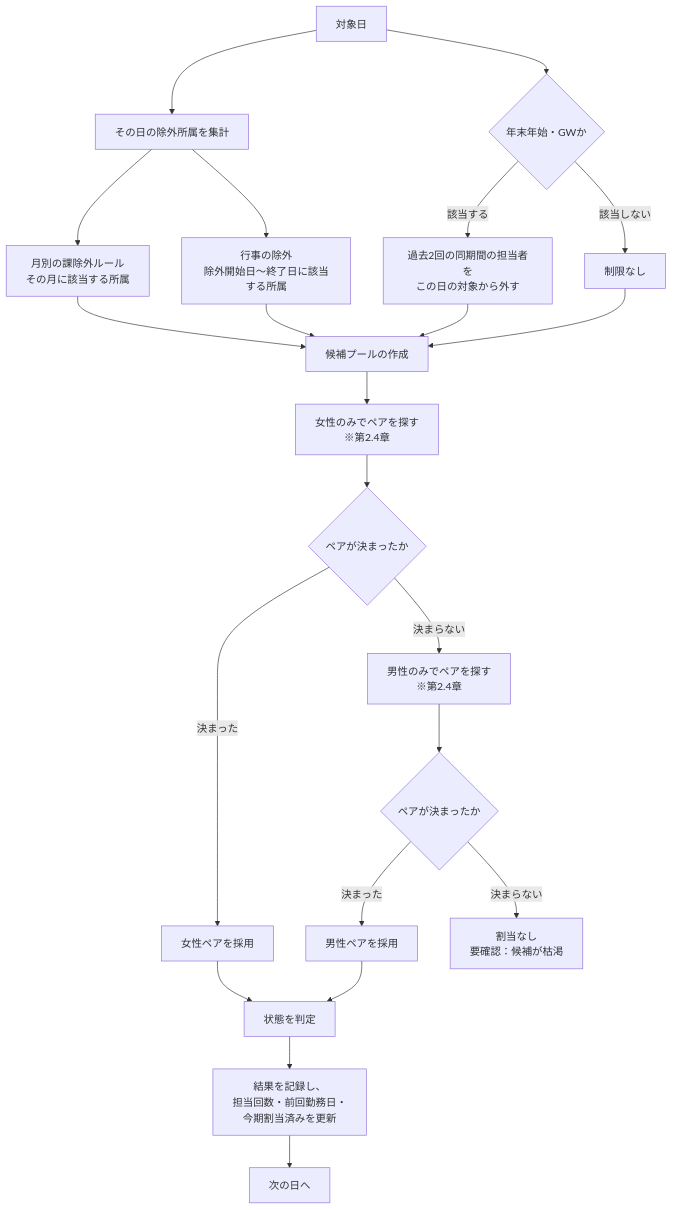
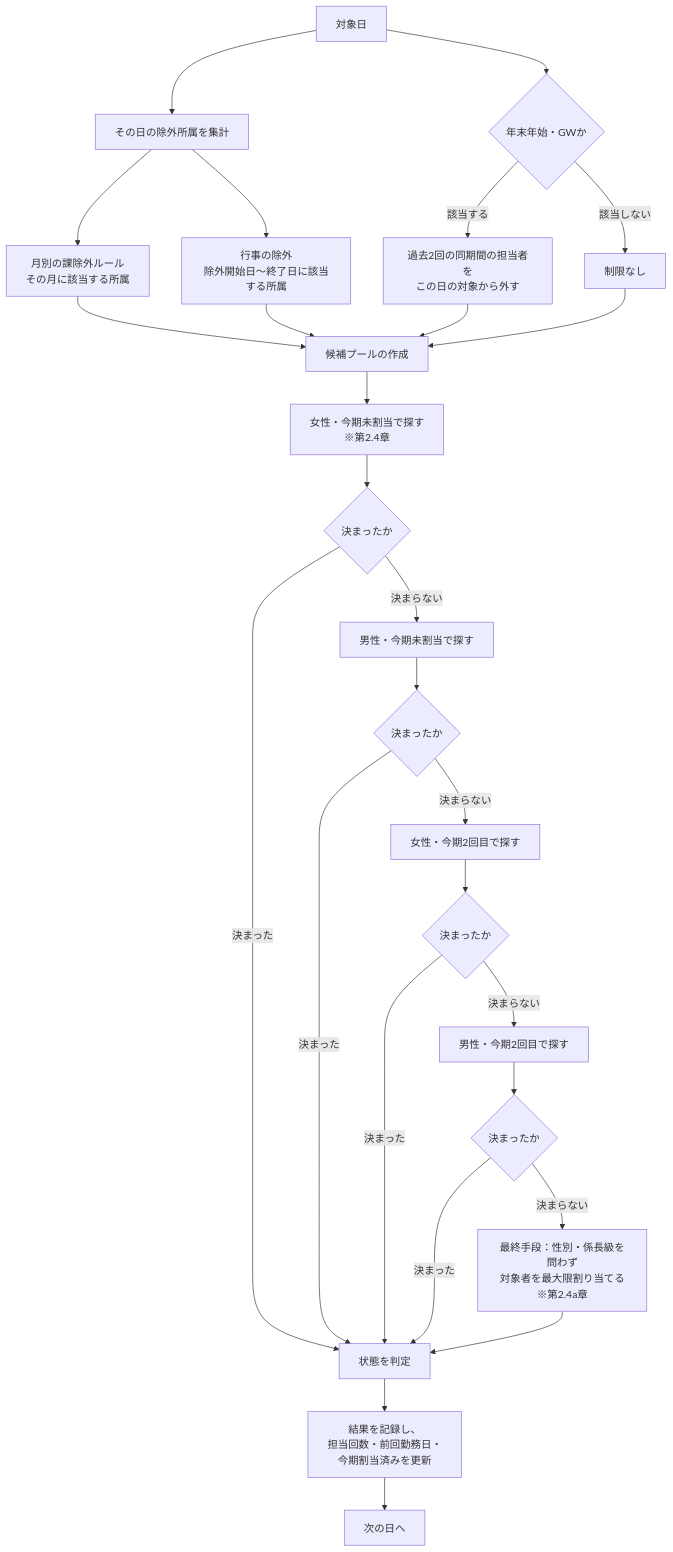
One commit to Yusei0003/2000 changed the third of 5 diagrams in docs/勤務表作成フロー.md. Above: the diagram before and after it, drawn with Mermaid. The commit also changed other lines of this file and 5 other files, not shown here.

````diff
--- a/docs/勤務表作成フロー.md
+++ b/docs/勤務表作成フロー.md
@@ -78,24 +78,29 @@
 ```mermaid
 flowchart TD
     A[対象日] --> B[その日の除外所属を集計]
     B --> B1[月別の課除外ルール<br/>その月に該当する所属]
     B --> B2[行事の除外<br/>除外開始日〜終了日に該当する所属]
     A --> C{年末年始・GWか}
     C -->|該当する| D[過去2回の同期間の担当者を<br/>この日の対象から外す]
     C -->|該当しない| E[制限なし]
     B1 --> F[候補プールの作成]
     B2 --> F
     D --> F
     E --> F
-    F --> G[女性のみでペアを探す<br/>※第2.4章]
-    G --> H{ペアが決まったか}
-    H -->|決まった| I[女性ペアを採用]
-    H -->|決まらない| J[男性のみでペアを探す<br/>※第2.4章]
-    J --> K{ペアが決まったか}
-    K -->|決まった| L[男性ペアを採用]
-    K -->|決まらない| M[割当なし<br/>要確認：候補が枯渇]
-    I --> N[状態を判定]
-    L --> N
+    F --> G[女性・今期未割当で探す<br/>※第2.4章]
+    G --> H{決まったか}
+    H -->|決まらない| J[男性・今期未割当で探す]
+    J --> K{決まったか}
+    K -->|決まらない| L[女性・今期2回目で探す]
+    L --> L2{決まったか}
+    L2 -->|決まらない| M[男性・今期2回目で探す]
+    M --> M2{決まったか}
+    M2 -->|決まらない| Q[最終手段：性別・係長級を問わず<br/>対象者を最大限割り当てる<br/>※第2.4a章]
+    H -->|決まった| N[状態を判定]
+    K -->|決まった| N
+    L2 -->|決まった| N
+    M2 -->|決まった| N
+    Q --> N
     N --> O[結果を記録し、<br/>担当回数・前回勤務日・<br/>今期割当済みを更新]
     O --> P[次の日へ]
 ```
````
